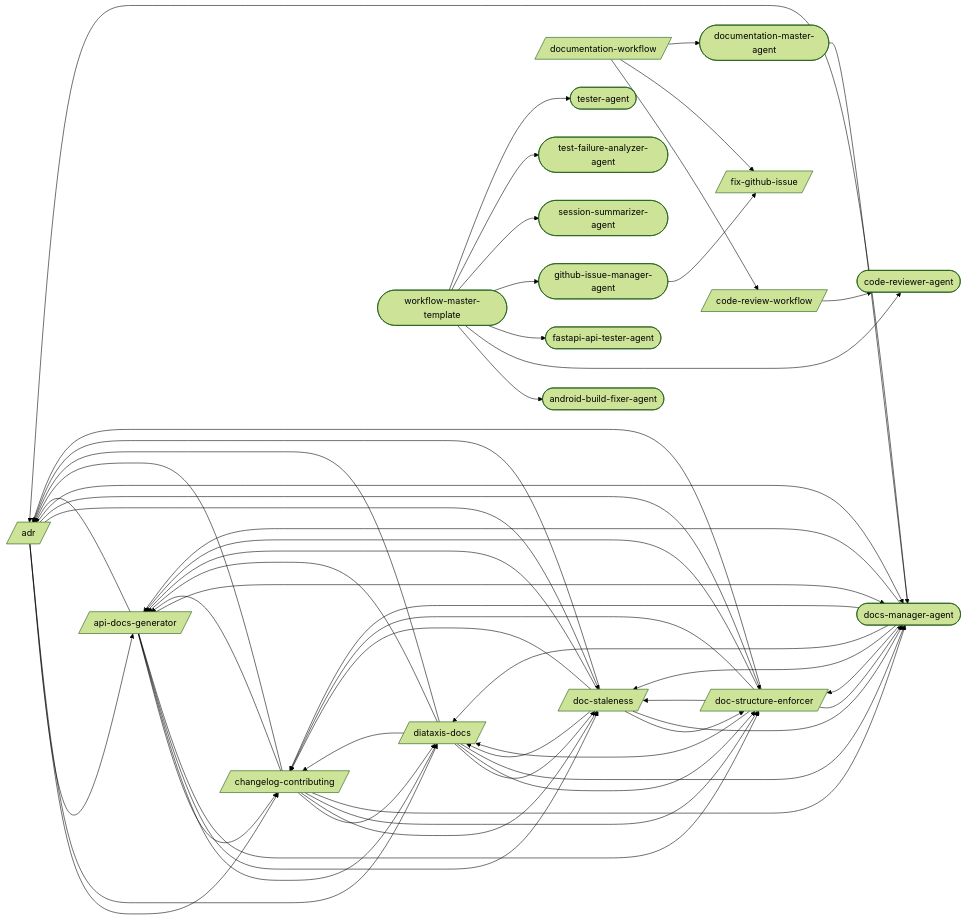
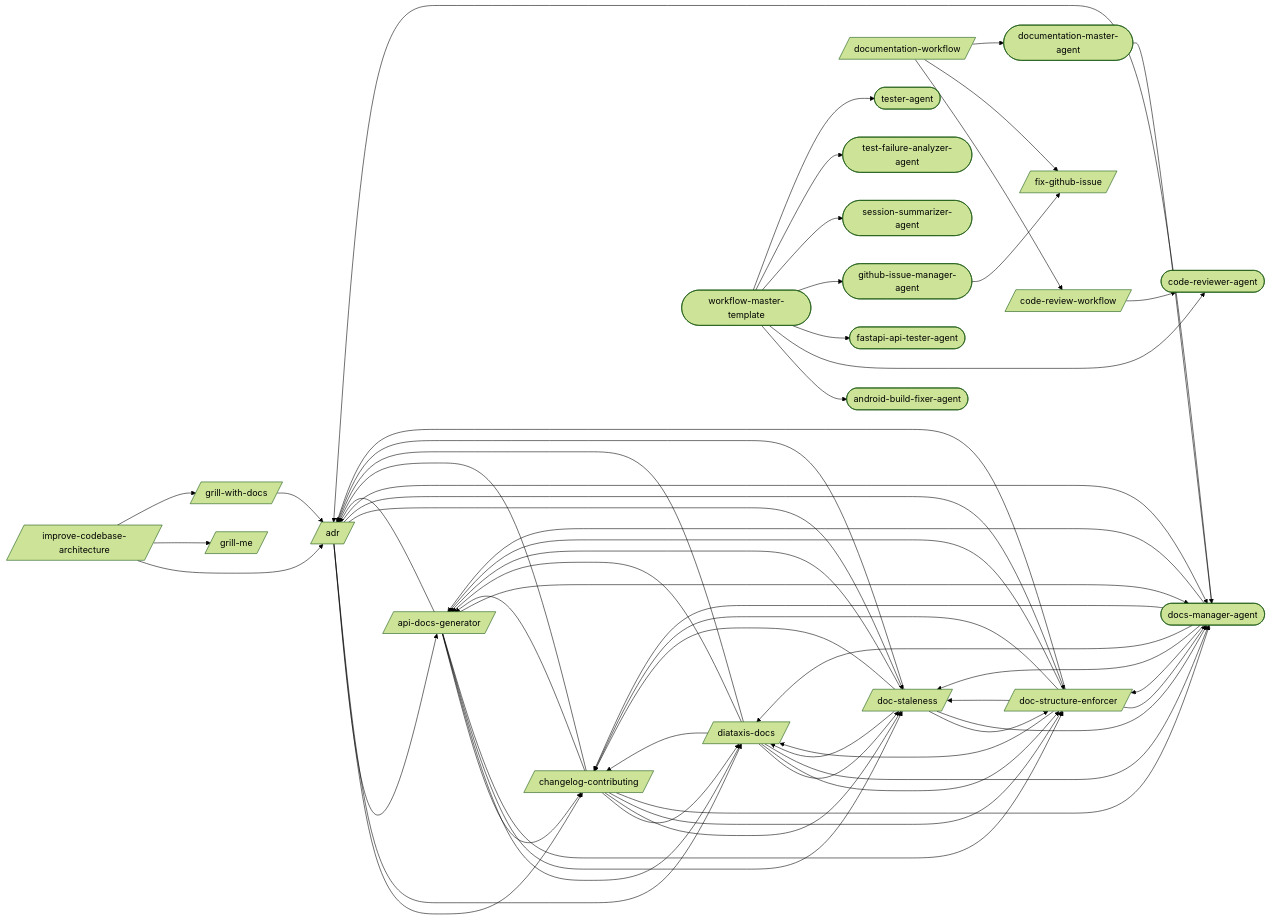
Before and after one commit to abhayla/claude-best-practices: the first of 16 diagrams in docs/workflows/documentation.md, drawn with Mermaid (forest theme). The commit also changed other lines of this file and 13 other files, not shown here.

```diff
--- a/docs/workflows/documentation.md
+++ b/docs/workflows/documentation.md
@@ -17,6 +17,9 @@
     doc_structure_enforcer[/doc-structure-enforcer/]
     documentation_workflow[/documentation-workflow/]
     fix_github_issue[/fix-github-issue/]
+    grill_me[/grill-me/]
+    grill_with_docs[/grill-with-docs/]
+    improve_codebase_architecture[/improve-codebase-architecture/]
     android_build_fixer_agent([android-build-fixer-agent])
     code_reviewer_agent([code-reviewer-agent])
     docs_manager_agent([docs-manager-agent])
@@ -67,6 +70,10 @@
     documentation_workflow --> code_review_workflow
     documentation_workflow --> fix_github_issue
     documentation_workflow --> documentation_master_agent
+    grill_with_docs --> adr
+    improve_codebase_architecture --> adr
+    improve_codebase_architecture --> grill_me
+    improve_codebase_architecture --> grill_with_docs
     docs_manager_agent --> adr
     docs_manager_agent --> api_docs_generator
     docs_manager_agent --> changelog_contributing
```
